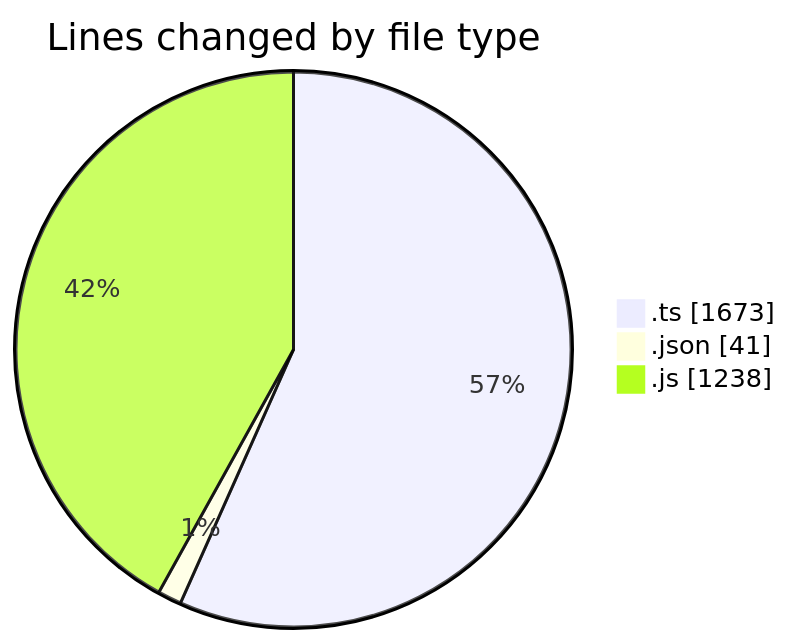
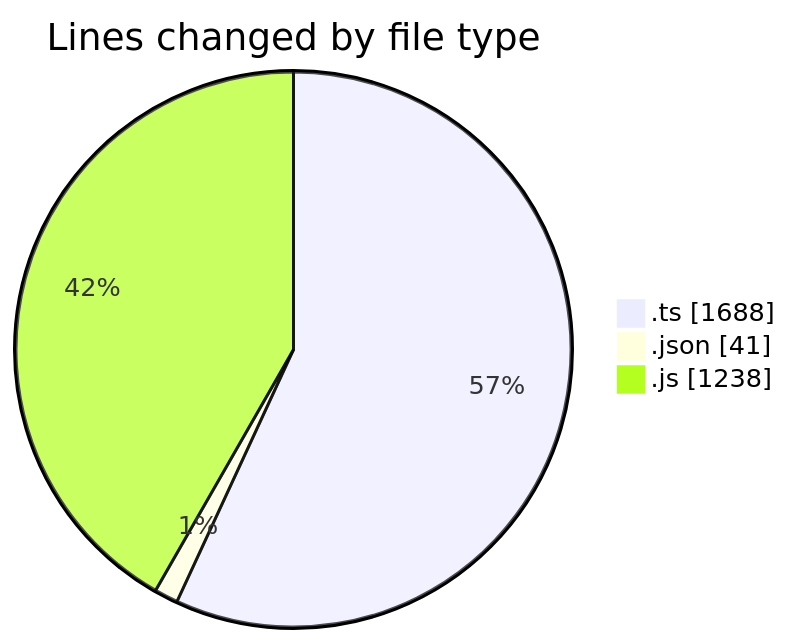
Before and after one commit to momahboobian/code-tracking: the first of 2 diagrams in 2025-07-30/cda/README.md, drawn with Mermaid. The commit also changed other lines of this file and 1 other file, not shown here.

````diff
--- a/2025-07-30/cda/README.md
+++ b/2025-07-30/cda/README.md
@@ -24,7 +25,7 @@
 ```mermaid
 pie showData
 title Lines changed by file type
-".ts" : 1673
+".ts" : 1688
 ".json" : 41
 ".js" : 1238
 ```
````
